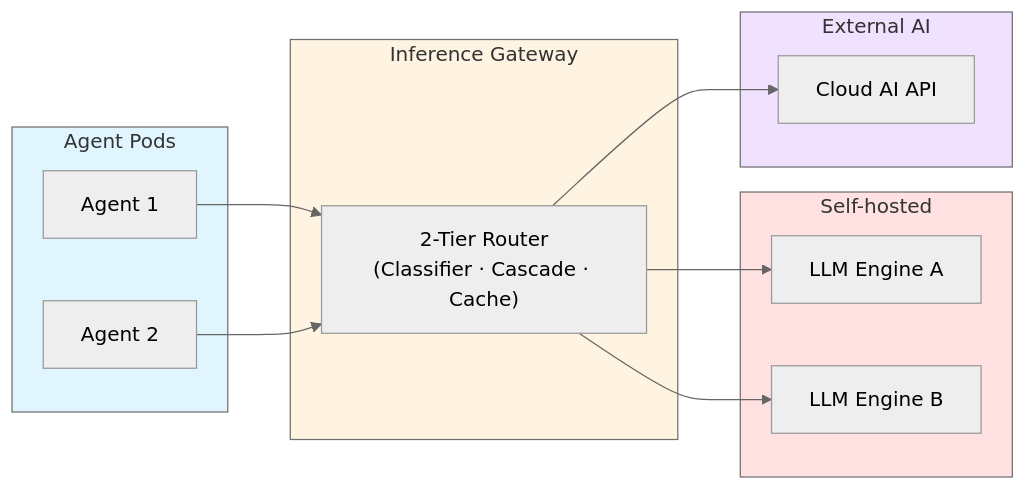
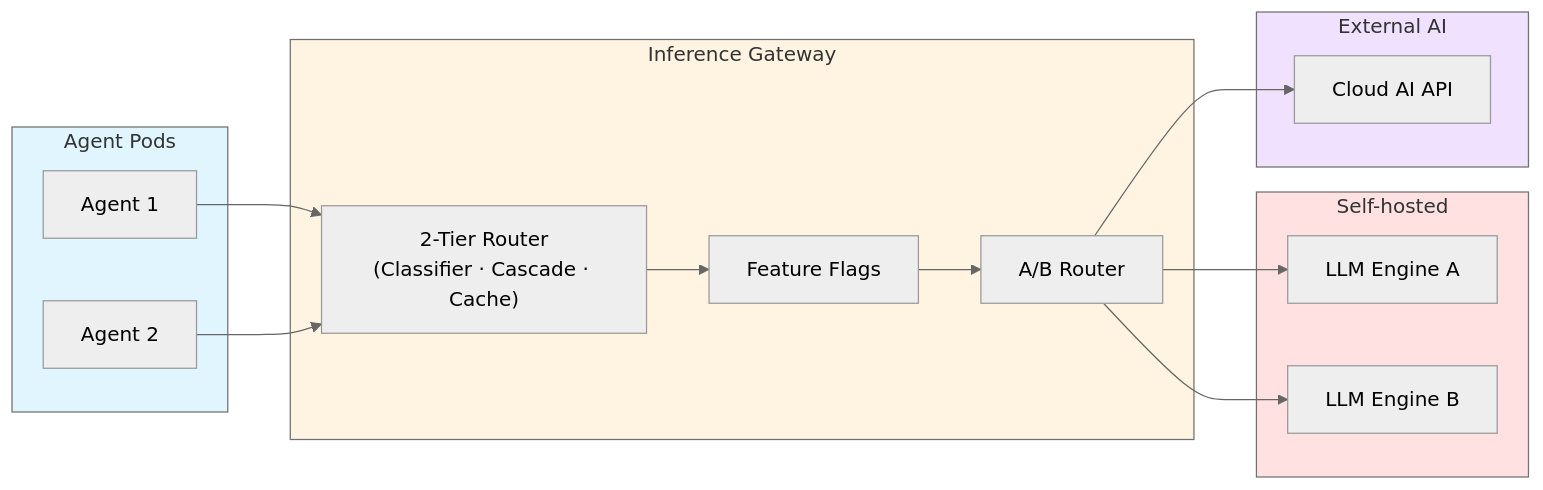
One commit to devfloor9/engineering-playbook changed the third of 9 diagrams in docs/agentic-ai-platform/design-architecture/foundations/agentic-platform-architecture.md. Above: the diagram before and after it, drawn with Mermaid (neutral theme). The commit also changed other lines of this file and 3 other files, not shown here.

````diff
--- a/docs/agentic-ai-platform/design-architecture/foundations/agentic-platform-architecture.md
+++ b/docs/agentic-ai-platform/design-architecture/foundations/agentic-platform-architecture.md
@@ -174,30 +206,34 @@
 ```mermaid
 flowchart LR
     subgraph Clients["Agent Pods"]
         A1["Agent 1"]
         A2["Agent 2"]
     end
 
     subgraph Gateway["Inference Gateway"]
         ROUTER["2-Tier Router<br/>(Classifier · Cascade · Cache)"]
+        FF["Feature Flags"]
+        ABR["A/B Router"]
     end
 
     subgraph SelfHosted["Self-hosted"]
         M1["LLM Engine A"]
         M2["LLM Engine B"]
     end
 
     subgraph External["External AI"]
         EXT1["Cloud AI API"]
     end
 
     A1 & A2 --> ROUTER
-    ROUTER --> M1
-    ROUTER --> M2
-    ROUTER --> EXT1
+    ROUTER --> FF
+    FF --> ABR
+    ABR --> M1
+    ABR --> M2
+    ABR --> EXT1
 
     style Clients fill:#e1f5ff
     style Gateway fill:#fff4e1
     style SelfHosted fill:#ffe1e1
     style External fill:#f0e1ff
 ```
````
